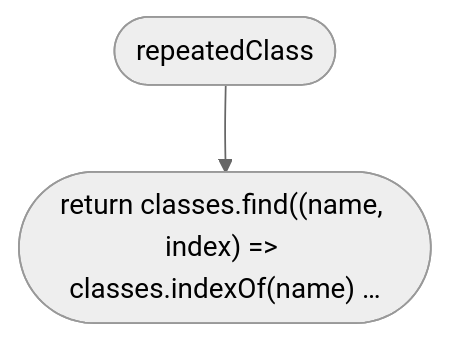
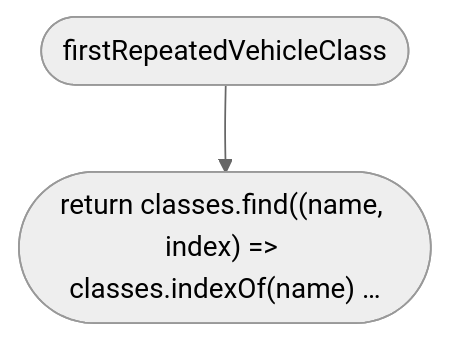
The first of 5 diagrams in docs/flows/src/place/place.md (NewDara-Star/world-engine), drawn with Mermaid (neutral theme) before and after one commit. The commit also changed other lines of this file and 18 other files, not shown here.

````diff
--- a/docs/flows/src/place/place.md
+++ b/docs/flows/src/place/place.md
@@ -7,6 +7,6 @@
 ```mermaid
 flowchart TD
-  n1(["repeatedClass"])
+  n1(["firstRepeatedVehicleClass"])
   n2(["return classes.find((name, index) =#gt; classes.indexOf(name) …"])
   n1 --> n2
 ```
````
